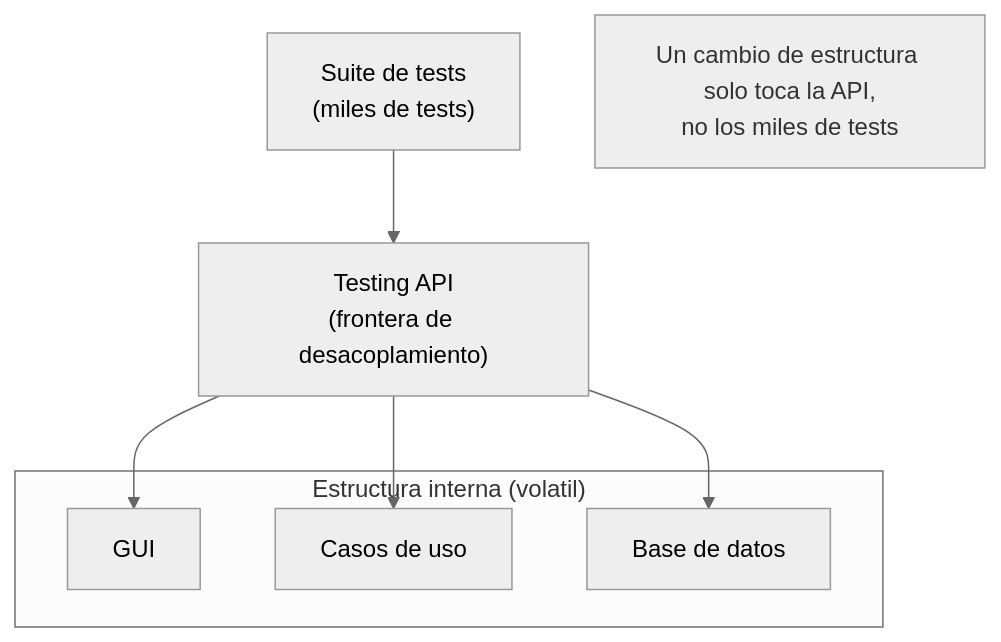
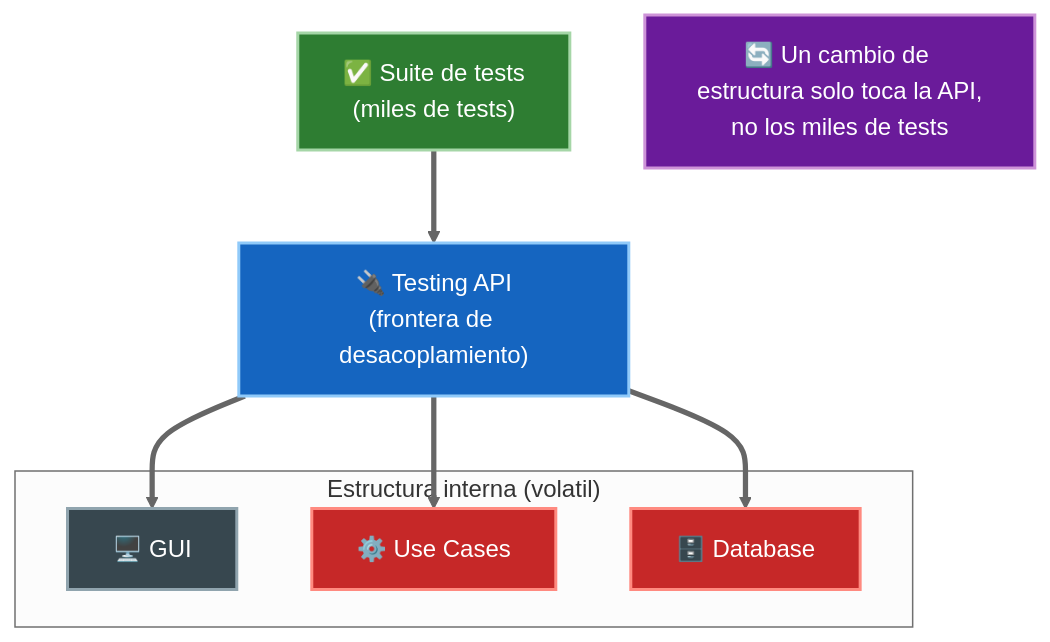
Before and after one commit to JavierMachucaA/clean-architecture-guia: the second of 2 diagrams in 13-temas-transversales/02-fragil-arquitectura-de-pruebas.md, drawn with Mermaid (neutral theme). The commit also changed other lines of this file and 45 other files, not shown here.

````diff
--- a/13-temas-transversales/02-fragil-arquitectura-de-pruebas.md
+++ b/13-temas-transversales/02-fragil-arquitectura-de-pruebas.md
@@ -45,16 +45,26 @@
 ```mermaid
 flowchart TD
-    T["Suite de tests\n(miles de tests)"]
-    API["Testing API\n(frontera de desacoplamiento)"]
+    T["✅ Suite de tests<br/>(miles de tests)"]
+    API["🔌 Testing API<br/>(frontera de desacoplamiento)"]
     subgraph Sistema["Estructura interna (volatil)"]
-        GUI["GUI"]
-        UC["Casos de uso"]
-        DB["Base de datos"]
+        GUI["🖥️ GUI"]
+        UC["⚙️ Use Cases"]
+        DB["🗄️ Database"]
     end
-    T --> API
-    API --> GUI
-    API --> UC
-    API --> DB
-    Nota["Un cambio de estructura solo toca la API,\nno los miles de tests"]:::n
-    classDef n fill:#eee,stroke:#999,color:#333;
+    T ==> API
+    API ==> GUI
+    API ==> UC
+    API ==> DB
+    Nota["🔄 Un cambio de estructura solo toca la API,<br/>no los miles de tests"]:::nota
+
+    class T nucleo
+    class API iface
+    class GUI view
+    class UC detalle
+    class DB detalle
+    classDef nucleo fill:#2e7d32,stroke:#a5d6a7,color:#fff,stroke-width:2px
+    classDef iface fill:#1565c0,stroke:#90caf9,color:#fff,stroke-width:2px
+    classDef view fill:#37474f,stroke:#90a4ae,color:#fff,stroke-width:2px
+    classDef detalle fill:#c62828,stroke:#ff8a80,color:#fff,stroke-width:2px
+    classDef nota fill:#6a1b9a,stroke:#ce93d8,color:#fff,stroke-width:2px
 ```
````
